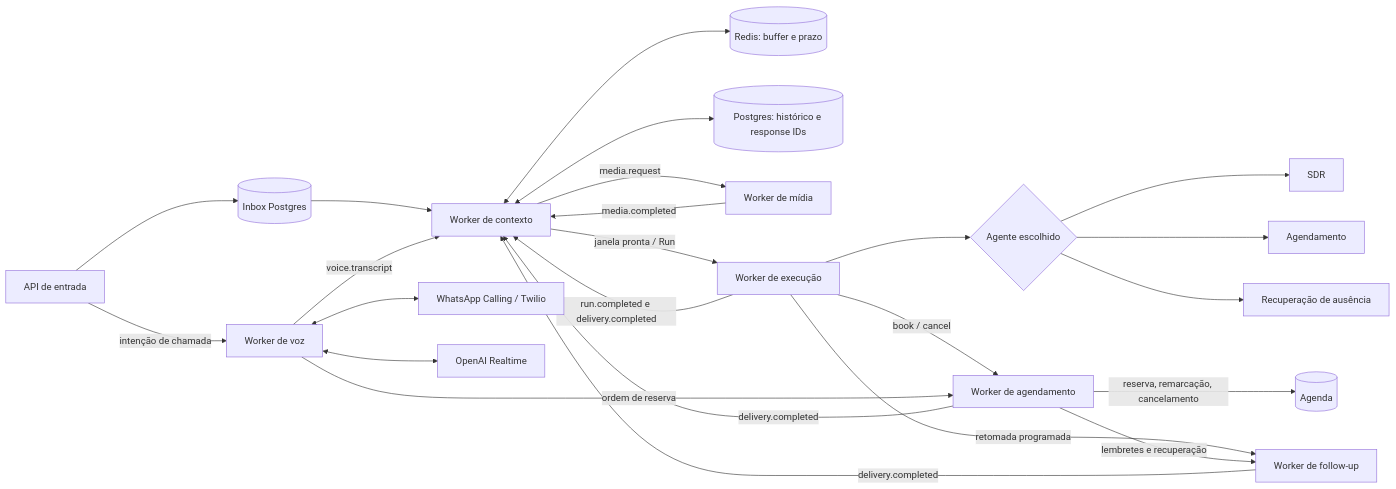
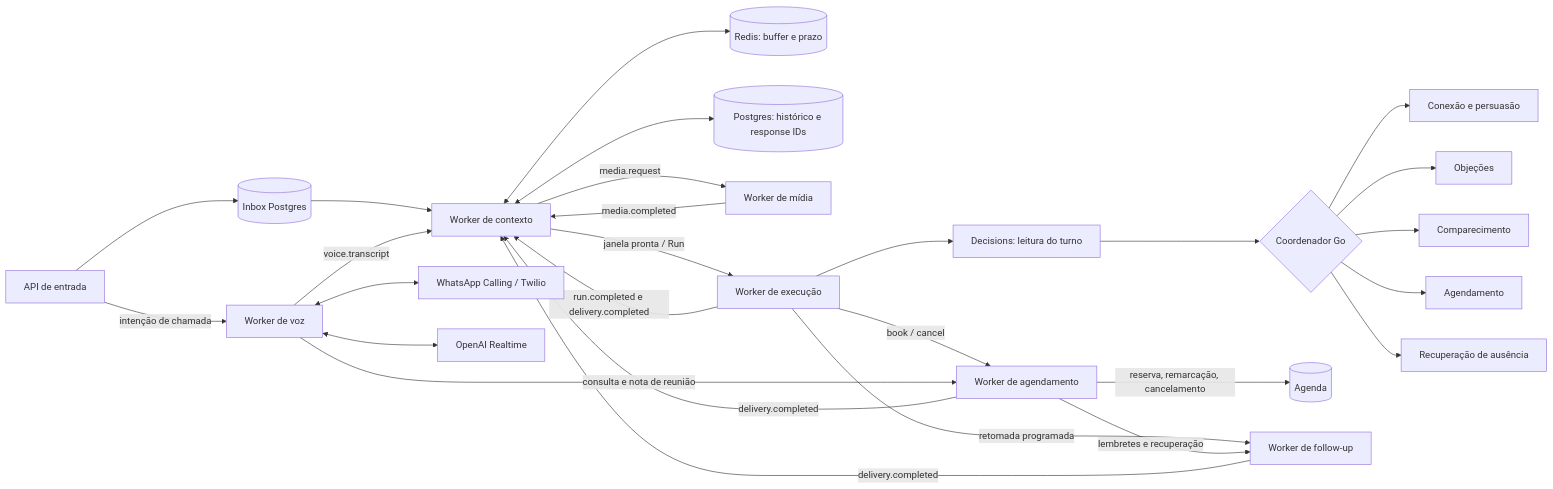
One commit to tom-lisboa/ArkomSDR changed the diagram in docs/workers.md. Above: the diagram before and after it, drawn with Mermaid. The commit also changed other lines of this file and 31 other files, not shown here.

````diff
--- a/docs/workers.md
+++ b/docs/workers.md
@@ -5,26 +5,29 @@
 ```mermaid
 flowchart LR
   API[API de entrada] --> IN[(Inbox Postgres)]
   IN --> C[Worker de contexto]
   C <--> R[(Redis: buffer e prazo)]
   C <--> PG[(Postgres: histórico e response IDs)]
   C -->|media.request| M[Worker de mídia]
   M -->|media.completed| C
   C -->|janela pronta / Run| E[Worker de execução]
-  E --> A{Agente escolhido}
-  A --> SDR[SDR]
+  E --> D[Decisions: leitura do turno]
+  D --> A{Coordenador Go}
+  A --> SDR[Conexão e persuasão]
+  A --> OBJ[Objeções]
+  A --> ATT[Comparecimento]
   A --> AG[Agendamento]
   A --> REC[Recuperação de ausência]
   E -->|book / cancel| S[Worker de agendamento]
   S -->|reserva, remarcação, cancelamento| CAL[(Agenda)]
   E -->|retomada programada| F[Worker de follow-up]
   S -->|lembretes e recuperação| F
   F -->|delivery.completed| C
   S -->|delivery.completed| C
   E -->|run.completed e delivery.completed| C
   API -->|intenção de chamada| V[Worker de voz]
   V <--> WA[WhatsApp Calling / Twilio]
   V <--> RT[OpenAI Realtime]
-  V -->|ordem de reserva| S
+  V -->|consulta e nota de reunião| S
   V -->|voice.transcript| C
 ```
````
